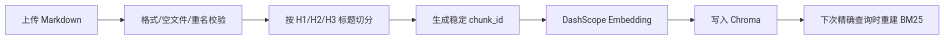
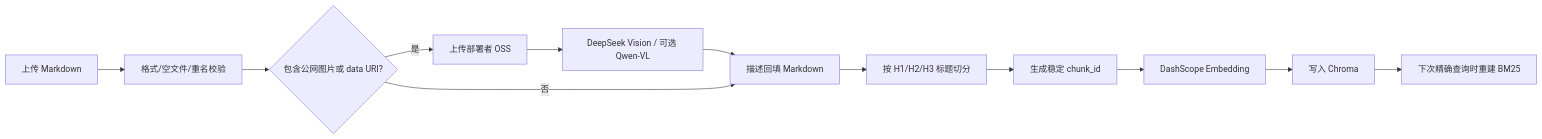
The second of 2 diagrams in README.md (yuyuyuoo55/Personal_Notes_Review_Assistant), drawn with Mermaid before and after one commit. The commit also changed other lines of this file and 21 other files, not shown here.

First line of the commit message:
﻿feat: BYOK + 聊天图片理解 + Markdown 图片 OSS 增强; 修复无效 Key 时导入提示不明确

````diff
--- a/README.md
+++ b/README.md
@@ -57,9 +61,14 @@
 ```mermaid
 flowchart LR
     A[上传 Markdown] --> B[格式/空文件/重名校验]
-    B --> C[按 H1/H2/H3 标题切分]
-    C --> D[生成稳定 chunk_id]
+    B --> IMG{包含公网图片或 data URI?}
+    IMG -->|是| OSS[上传部署者 OSS]
+    OSS --> VLM[DeepSeek Vision / 可选 Qwen-VL]
+    VLM --> C[描述回填 Markdown]
+    IMG -->|否| C
+    C --> H[按 H1/H2/H3 标题切分]
+    H --> D[生成稳定 chunk_id]
     D --> E[DashScope Embedding]
     E --> F[写入 Chroma]
     F --> G[下次精确查询时重建 BM25]
 ```
````
